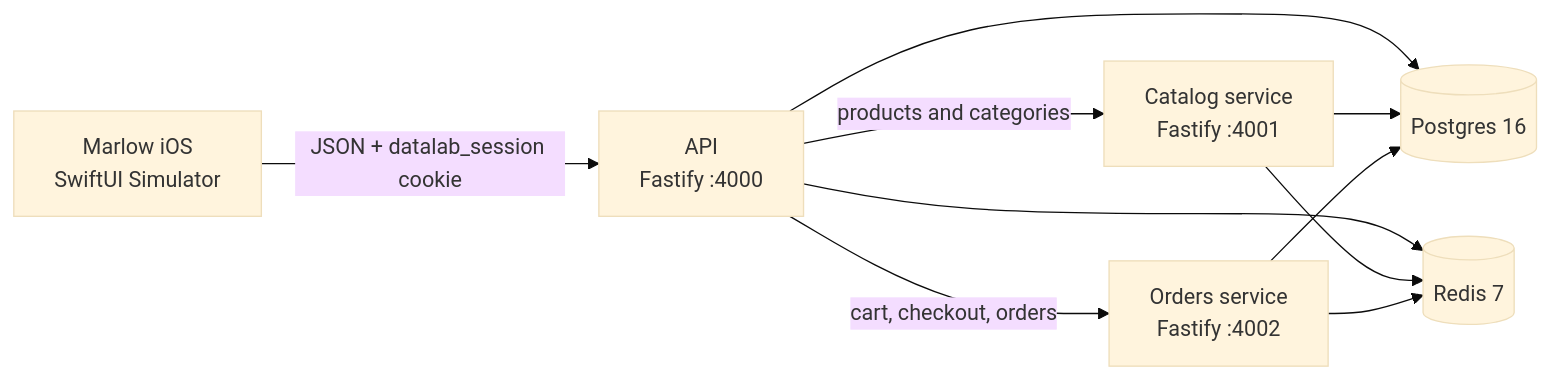
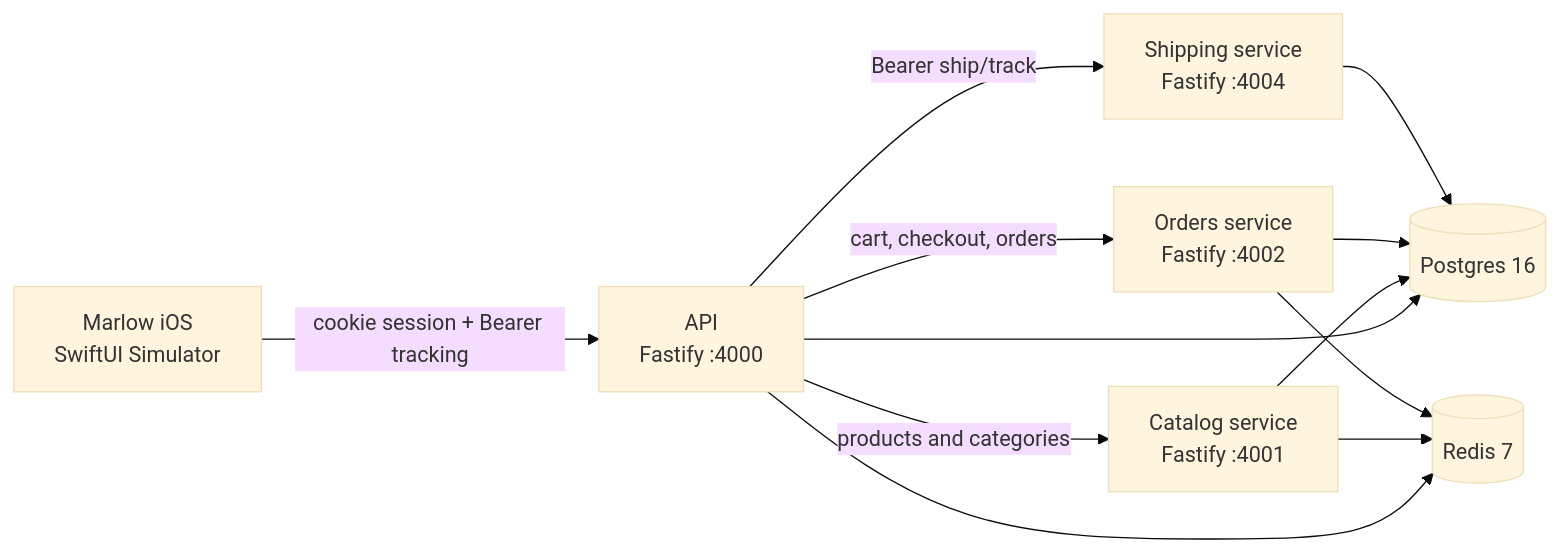
The first of 3 diagrams in ios/Marlow/ARCHITECTURE.md (VinceBarresi/Marlow), drawn with Mermaid (base theme) before and after one commit. The commit also changed other lines of this file and 24 other files, not shown here.

First line of the commit message:
Add shipping service with OAuth Bearer auth shared by web and iOS.

````diff
--- a/ios/Marlow/ARCHITECTURE.md
+++ b/ios/Marlow/ARCHITECTURE.md
@@ -9,19 +11,22 @@
 ```mermaid
 flowchart LR
   iosApp["Marlow iOS<br/>SwiftUI Simulator"]
   api["API<br/>Fastify :4000"]
   catalog["Catalog service<br/>Fastify :4001"]
   orders["Orders service<br/>Fastify :4002"]
+  shipping["Shipping service<br/>Fastify :4004"]
   pg[("Postgres 16")]
   redis[("Redis 7")]
 
-  iosApp -->|"JSON + datalab_session cookie"| api
+  iosApp -->|"cookie session + Bearer tracking"| api
   api -->|"products and categories"| catalog
   api -->|"cart, checkout, orders"| orders
+  api -->|"Bearer ship/track"| shipping
   api --> pg
   api --> redis
   catalog --> pg
   catalog --> redis
   orders --> pg
   orders --> redis
+  shipping --> pg
 ```
````
